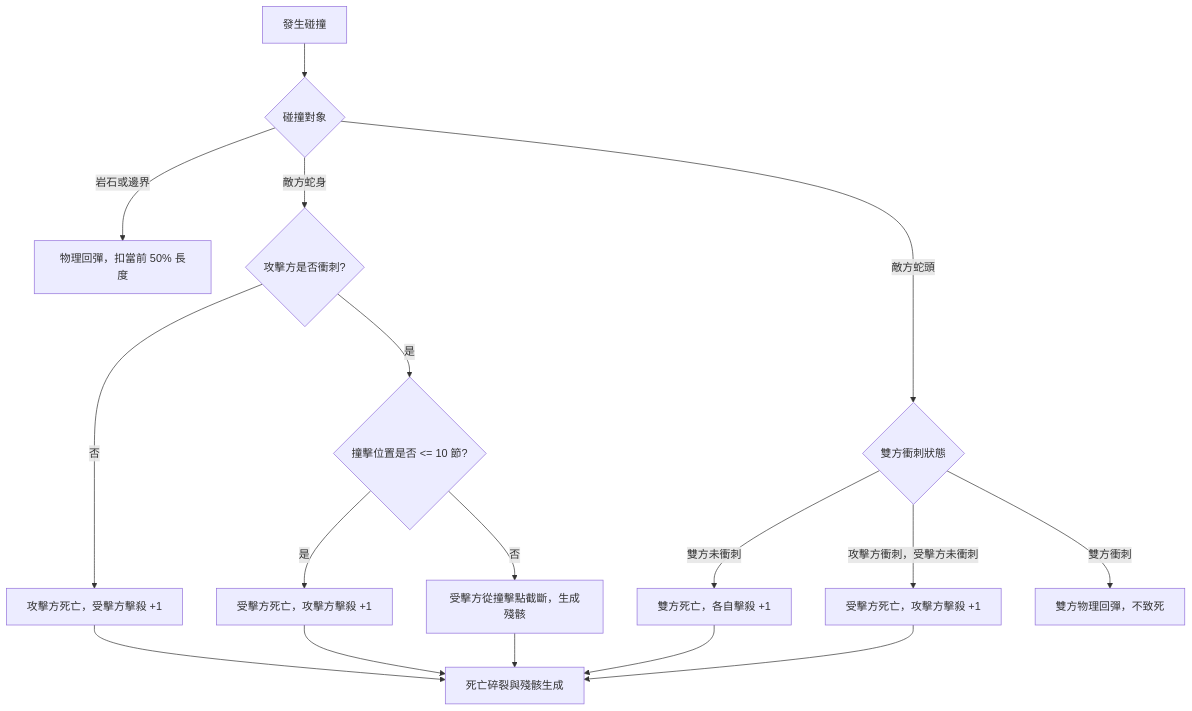
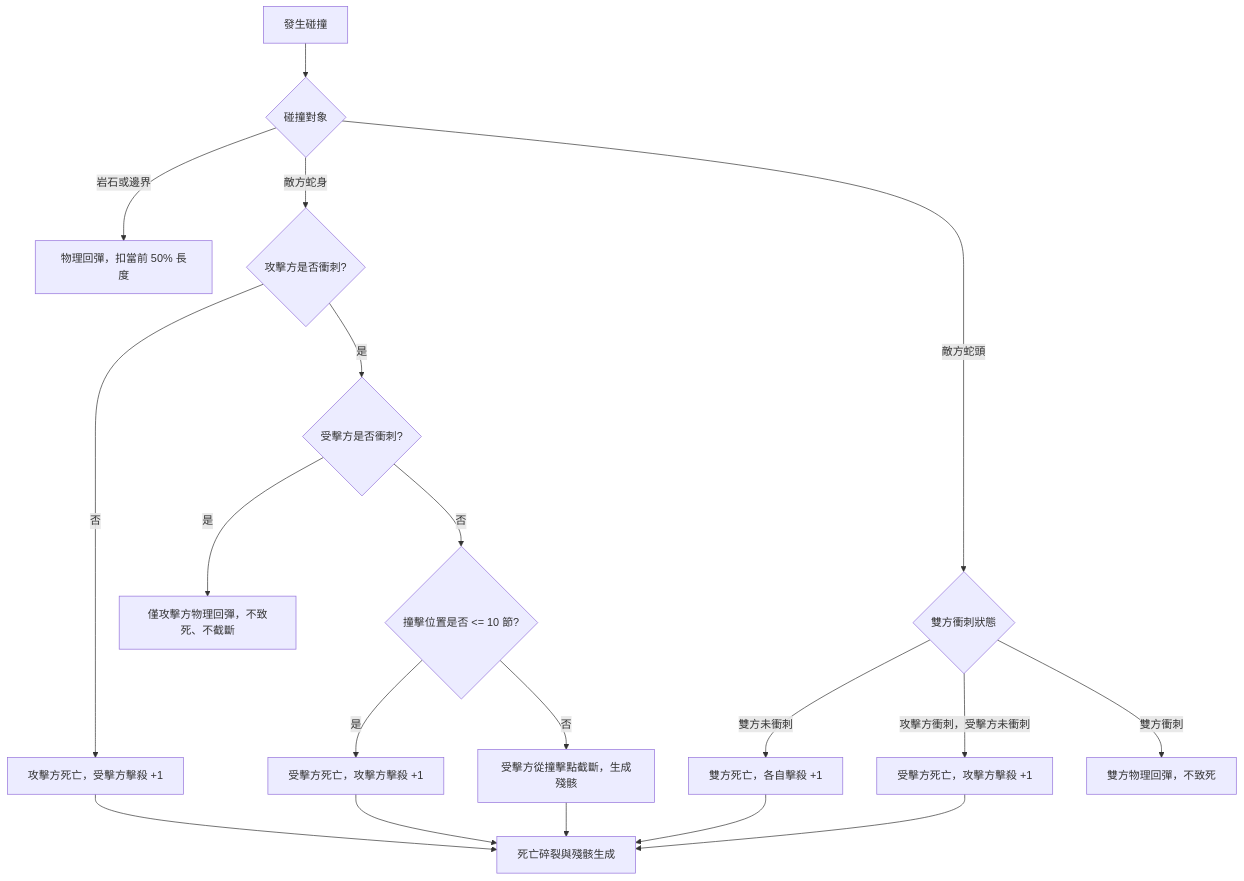
Before and after one commit to jerryfcai794238-bit/snake.io: the third of 7 diagrams in GDD/貪食蛇GDD.md, drawn with Mermaid. The commit also changed other lines of this file and 1 other file, not shown here.

````diff
--- a/GDD/貪食蛇GDD.md
+++ b/GDD/貪食蛇GDD.md
@@ -756,19 +751,21 @@
 ```mermaid
 graph TD
     A["發生碰撞"] --> B{"碰撞對象"}
     B -->|岩石或邊界| C["物理回彈，扣當前 50% 長度"]
     B -->|敵方蛇身| D{"攻擊方是否衝刺?"}
     D -->|否| E["攻擊方死亡，受擊方擊殺 +1"]
-    D -->|是| F{"撞擊位置是否 <= 10 節?"}
-    F -->|是| G["受擊方死亡，攻擊方擊殺 +1"]
-    F -->|否| H["受擊方從撞擊點截斷，生成殘骸"]
-    B -->|敵方蛇頭| I{"雙方衝刺狀態"}
-    I -->|雙方未衝刺| J["雙方死亡，各自擊殺 +1"]
-    I -->|攻擊方衝刺，受擊方未衝刺| K["受擊方死亡，攻擊方擊殺 +1"]
-    I -->|雙方衝刺| L["雙方物理回彈，不致死"]
-    E --> M["死亡碎裂與殘骸生成"]
-    G --> M
-    H --> M
-    J --> M
-    K --> M
+    D -->|是| F{"受擊方是否衝刺?"}
+    F -->|是| G["僅攻擊方物理回彈，不致死、不截斷"]
+    F -->|否| H{"撞擊位置是否 <= 10 節?"}
+    H -->|是| I["受擊方死亡，攻擊方擊殺 +1"]
+    H -->|否| J["受擊方從撞擊點截斷，生成殘骸"]
+    B -->|敵方蛇頭| K{"雙方衝刺狀態"}
+    K -->|雙方未衝刺| L["雙方死亡，各自擊殺 +1"]
+    K -->|攻擊方衝刺，受擊方未衝刺| M["受擊方死亡，攻擊方擊殺 +1"]
+    K -->|雙方衝刺| N["雙方物理回彈，不致死"]
+    E --> O["死亡碎裂與殘骸生成"]
+    I --> O["死亡碎裂與殘骸生成"]
+    J --> O
+    L --> O
+    M --> O
 ```
````
